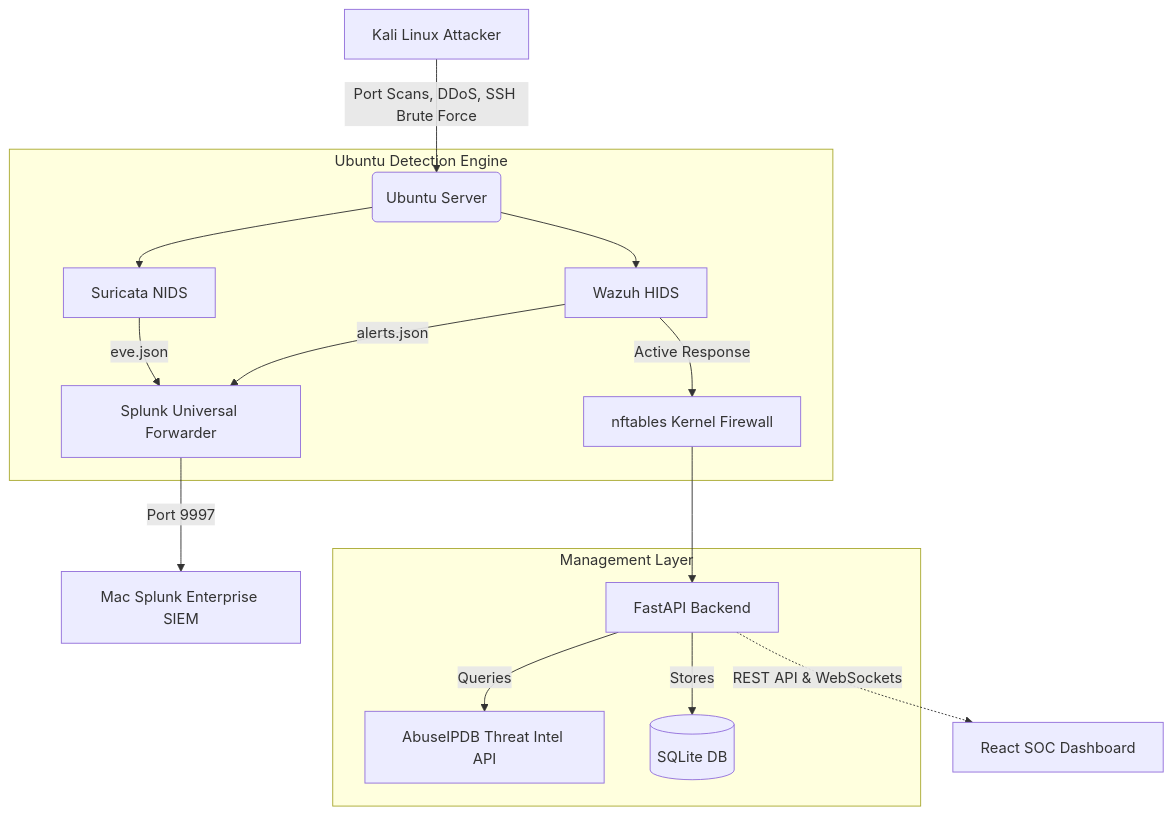
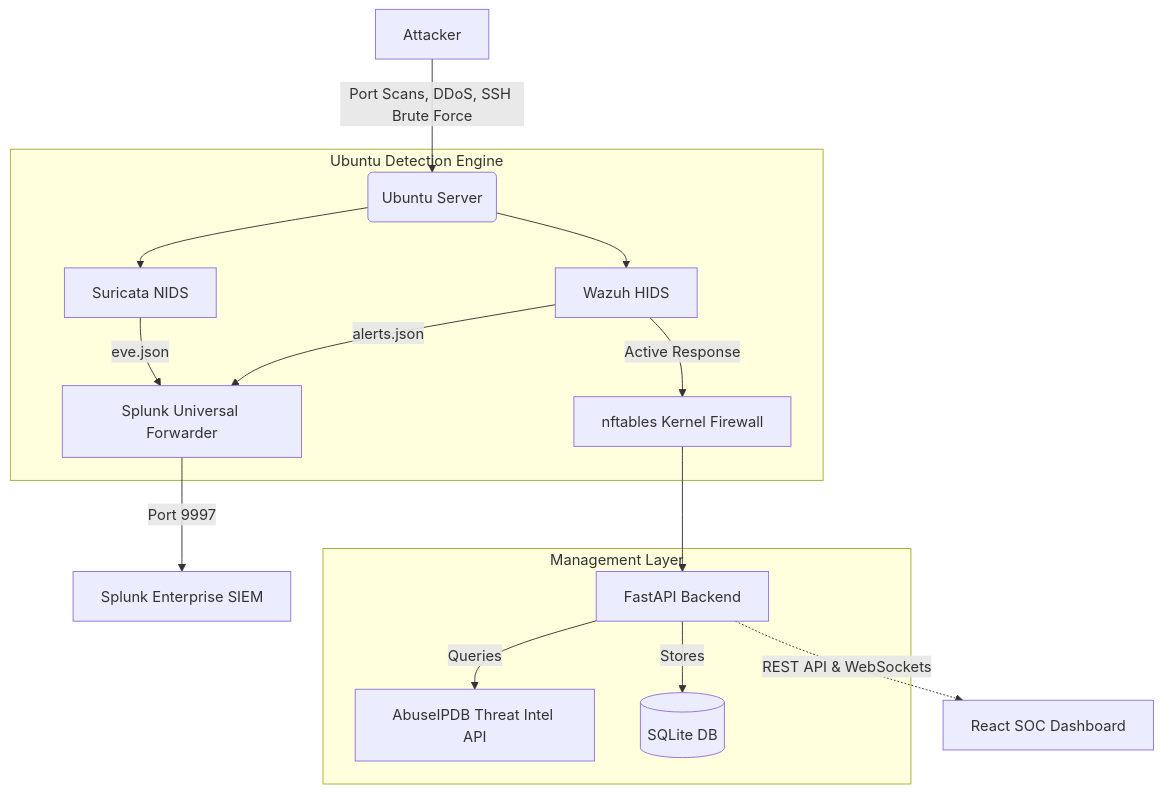
The diagram in README.md (seetharamdamarla/personal-firewall), drawn with Mermaid before and after one commit. The commit also changed other lines of this file and 16 other files, not shown here.

````diff
--- a/README.md
+++ b/README.md
@@ -15,21 +15,21 @@
 ```mermaid
 graph TD
-    A[Kali Linux Attacker] -->|Port Scans, DDoS, SSH Brute Force| B(Ubuntu Server)
+    A[Attacker] -->|Port Scans, DDoS, SSH Brute Force| B(Ubuntu Server)
     
     subgraph Ubuntu Detection Engine
         B --> C[Suricata NIDS]
         B --> D[Wazuh HIDS]
         C -->|eve.json| E[Splunk Universal Forwarder]
         D -->|alerts.json| E
         D -->|Active Response| F[nftables Kernel Firewall]
     end
     
     subgraph Management Layer
         F --> G[FastAPI Backend]
         G -->|Queries| H[AbuseIPDB Threat Intel API]
         G -->|Stores| I[(SQLite DB)]
     end
     
-    E -->|Port 9997| J[Mac Splunk Enterprise SIEM]
+    E -->|Port 9997| J[Splunk Enterprise SIEM]
     G -.->|REST API & WebSockets| K[React SOC Dashboard]
 ```
````
